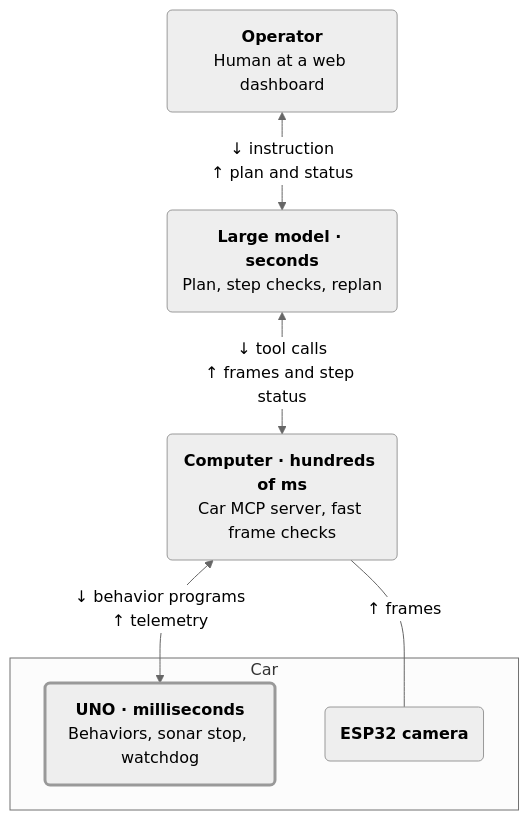
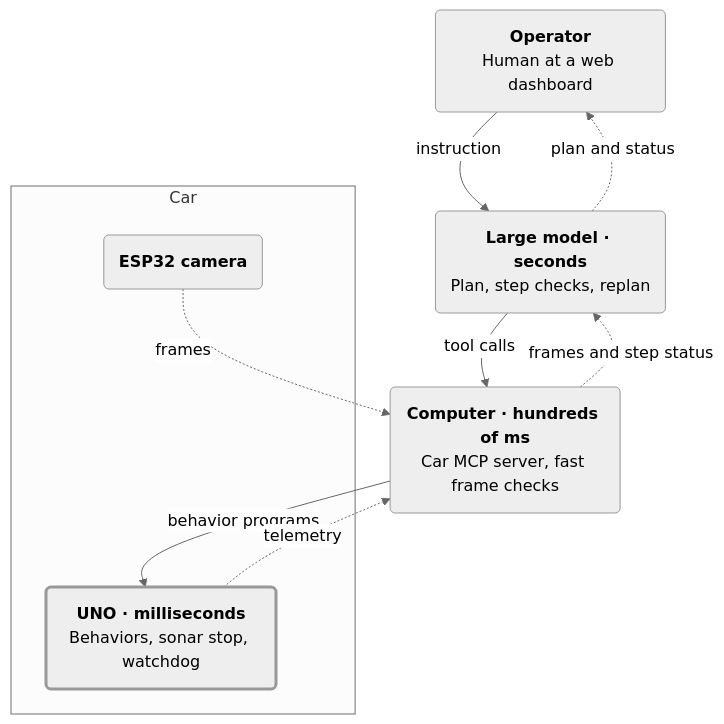
Before and after one commit to bellal89/elegoo-llm-agent: the diagram in README.md, drawn with Mermaid. The commit also changed other lines of this file, not shown here.

Commit message:
docs: return to one arrow per direction in the architecture diagram

````diff
--- a/README.md
+++ b/README.md
@@ -67,19 +67,22 @@
 ```mermaid
 %%{init: {"theme": "neutral", "flowchart": {"curve": "basis"}}}%%
 flowchart TB
     op("<b>Operator</b><br/>Human at a web dashboard")
     llm("<b>Large model · seconds</b><br/>Plan, step checks, replan")
     pc("<b>Computer · hundreds of ms</b><br/>Car MCP server, fast frame checks")
     subgraph car [Car]
         uno("<b>UNO · milliseconds</b><br/>Behaviors, sonar stop, watchdog")
         cam("<b>ESP32 camera</b>")
     end
 
-    op <-- "↓ instruction<br/>↑ plan and status" --> llm
-    llm <-- "↓ tool calls<br/>↑ frames and step status" --> pc
-    pc <-- "↓ behavior programs<br/>↑ telemetry" --> uno
-    pc -- "↑ frames" --- cam
+    op -- instruction --> llm
+    llm -. plan and status .-> op
+    llm -- tool calls --> pc
+    pc -. frames and step status .-> llm
+    pc -- behavior programs --> uno
+    uno -. telemetry .-> pc
+    cam -. frames .-> pc
 
     classDef fast stroke-width:3px
     class uno fast
 ```
````
